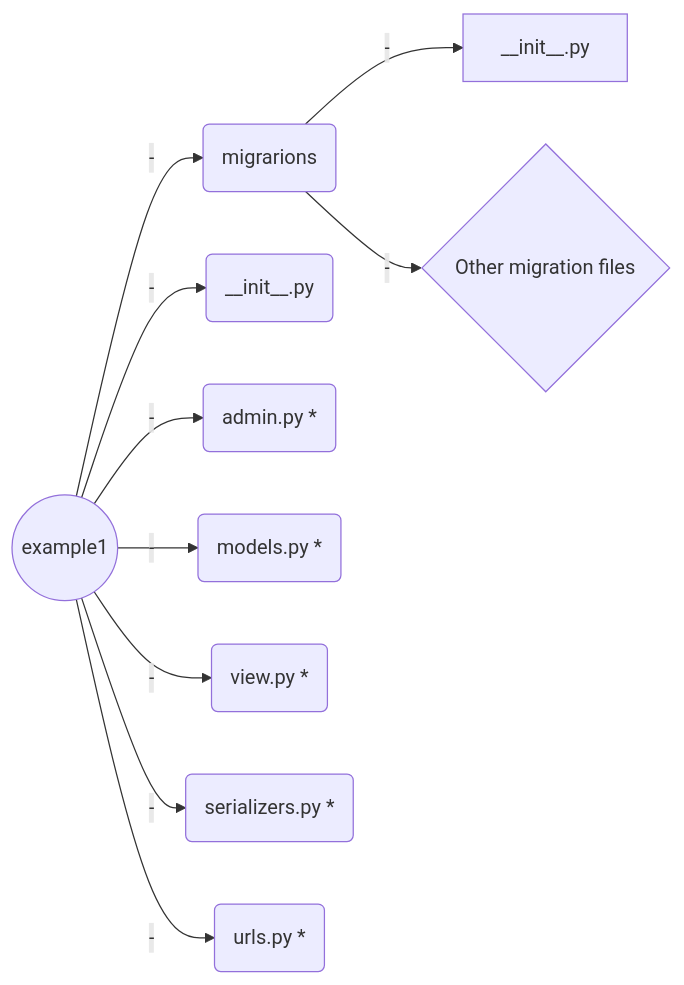
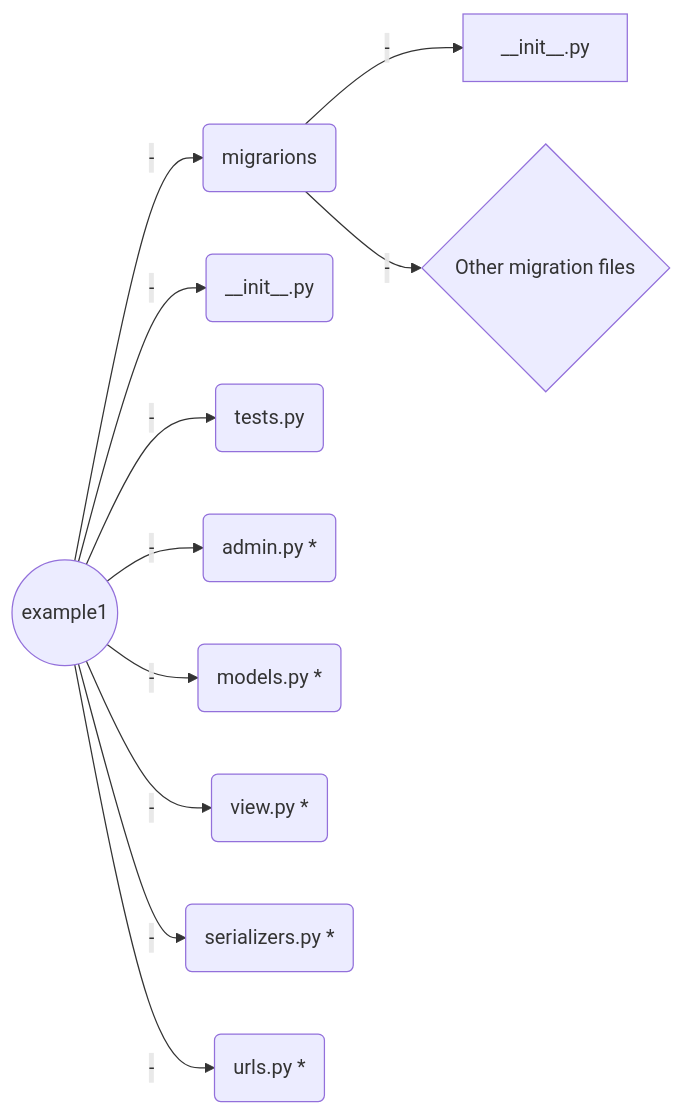
One commit to LooDaHu/ARORA_General_-Introduction changed the first of 3 diagrams in Welcome file.md. Above: the diagram before and after it, drawn with Mermaid. The commit also changed other lines of this file, not shown here.

````diff
--- a/Welcome file.md
+++ b/Welcome file.md
@@ -45,12 +45,13 @@
 ```mermaid
 graph LR
 A((example1)) -- - --> B(migrarions) 
 B(migrarions) -- - --> C[__init__.py]
 B(migrarions) -- - --> D{Other migration files}
 A((example1)) -- - --> E(__init__.py) 
+A((example1)) -- - --> K(tests.py) 
 A((example1)) -- - --> F(admin.py *) 
 A((example1)) -- - --> G(models.py *) 
 A((example1)) -- - --> H(view.py *)
 A((example1)) -- - --> I(serializers.py *)
 A((example1)) -- - --> J(urls.py *)
 ```
````
